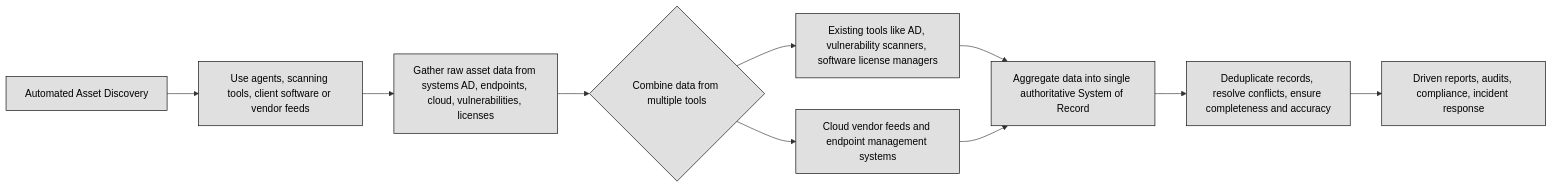
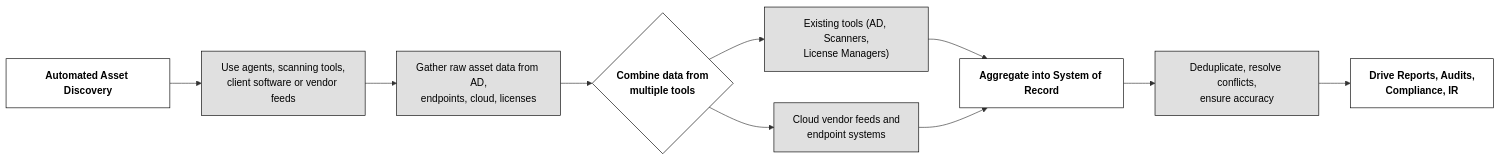
Before and after one commit to lorenzoleonelli/CISSP-Zero-to-Hero: the first of 2 diagrams in DOMAIN2: Asset Security/2.03 Provision information and assets securely.md, drawn with Mermaid. The commit also changed other lines of this file, not shown here.

First line of the commit message:
Revise asset management flowcharts and configurations

````diff
--- a/DOMAIN2: Asset Security/2.03 Provision information and assets securely.md
+++ b/DOMAIN2: Asset Security/2.03 Provision information and assets securely.md
@@ -131,15 +131,21 @@
 ```mermaid
 flowchart LR
-  A[Automated Asset Discovery] --> B[Use agents, scanning tools, client software or vendor feeds]
-  B --> C[Gather raw asset data from systems AD, endpoints, cloud, vulnerabilities, licenses]
-  C --> D{Combine data from multiple tools}
-  D --> E[Existing tools like AD, vulnerability scanners, software license managers]
-  D --> F[Cloud vendor feeds and endpoint management systems]
+    A[Automated Asset Discovery] --> B["Use agents, scanning tools,<br/>client software or vendor feeds"]
+    B --> C["Gather raw asset data from AD,<br/>endpoints, cloud, licenses"]
+    C --> D{Combine data from<br/>multiple tools}
+    
+    D --> E["Existing tools (AD, Scanners,<br/>License Managers)"]
+    D --> F["Cloud vendor feeds and<br/>endpoint systems"]
 
-  E & F --> G[Aggregate data into single authoritative System of Record]
-  G --> H[Deduplicate records, resolve conflicts, ensure completeness and accuracy]
-  H --> I[Driven reports, audits, compliance, incident response]
+    E --> G[Aggregate into System of Record]
+    F --> G
+    
+    G --> H["Deduplicate, resolve conflicts,<br/>ensure accuracy"]
+    H --> I["Drive Reports, Audits,<br/>Compliance, IR"]
 
     classDef center fill:#ffffff,color:#000000,stroke:#000000,stroke-width:1px,font-weight:bold
     classDef node fill:#e0e0e0,color:#000000,stroke:#000000,stroke-width:1px
+
+    class A,D,G,I center
+    class B,C,E,F,H node
 ```
````
